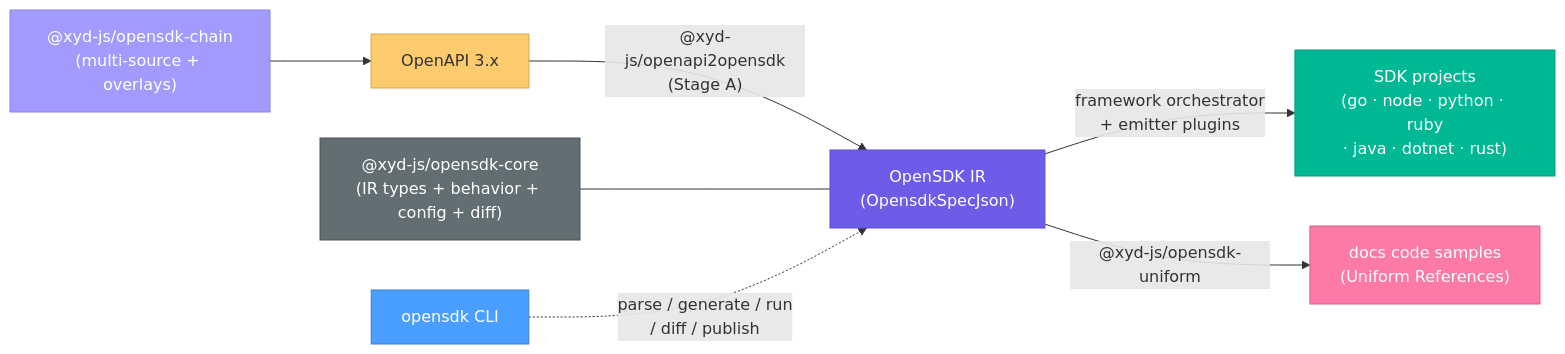
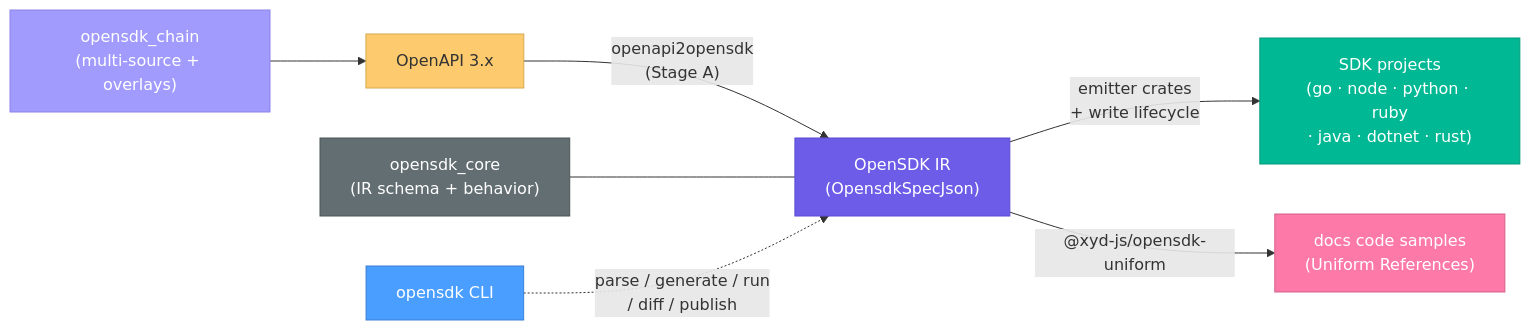
The diagram in .dev/docs/13.api-definitions/OpenSdkGeneration.md (livesession/xyd), drawn with Mermaid before and after one commit. The commit also changed other lines of this file and 12728 other files, not shown here.

First line of the commit message:
refactor(opensdk): consume the SDK/CLI toolchain as a submodule

````diff
--- a/.dev/docs/13.api-definitions/OpenSdkGeneration.md
+++ b/.dev/docs/13.api-definitions/OpenSdkGeneration.md
@@ -18,18 +28,18 @@
 ```mermaid
 graph LR
-    OAS["OpenAPI 3.x"] -->|"@xyd-js/openapi2opensdk\n(Stage A)"| IR["OpenSDK IR\n(OpensdkSpecJson)"]
-    IR -->|"framework orchestrator\n+ emitter plugins"| SDKS["SDK projects\n(go · node · python · ruby\n· java · dotnet · rust)"]
+    OAS["OpenAPI 3.x"] -->|"openapi2opensdk\n(Stage A)"| IR["OpenSDK IR\n(OpensdkSpecJson)"]
+    IR -->|"emitter crates\n+ write lifecycle"| SDKS["SDK projects\n(go · node · python · ruby\n· java · dotnet · rust)"]
 
-    CHAIN["@xyd-js/opensdk-chain\n(multi-source + overlays)"] --> OAS
-    CORE["@xyd-js/opensdk-core\n(IR types + behavior + config + diff)"] --- IR
+    CHAIN["opensdk_chain\n(multi-source + overlays)"] --> OAS
+    CORE["opensdk_core\n(IR schema + behavior)"] --- IR
     CLI["opensdk CLI"] -.->|"parse / generate / run\n/ diff / publish"| IR
     IR -->|"@xyd-js/opensdk-uniform"| DOCS["docs code samples\n(Uniform References)"]
 
     style OAS fill:#fdcb6e,color:#333,stroke:#d4a94e
     style IR fill:#6c5ce7,color:#fff,stroke:#5a4bd4
     style SDKS fill:#00b894,color:#fff,stroke:#009a7a
     style CHAIN fill:#a29bfe,color:#fff,stroke:#8b83e8
     style CLI fill:#4a9eff,color:#fff,stroke:#3a7fd4
     style CORE fill:#636e72,color:#fff,stroke:#4a5558
     style DOCS fill:#fd79a8,color:#fff,stroke:#d4608a
 ```
````
